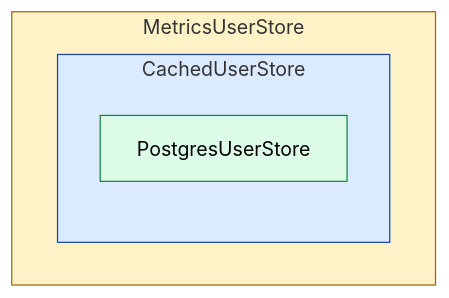
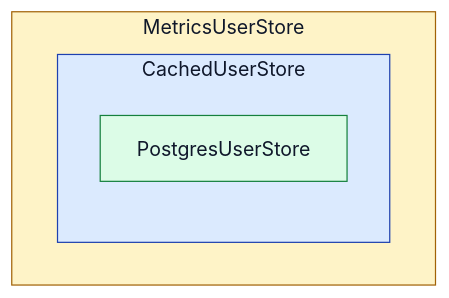
The third of 3 diagrams in docs/senior-golang-study/04-architecture-and-patterns/patterns/go-code-patterns/02-behavior-wrapping.md (fev0ks/LearnGoLang), drawn with Mermaid (neutral theme) before and after one commit. The commit also changed other lines of this file and 5 other files, not shown here.

Commit message:
Rework architecture and reliability guides

````diff
--- a/docs/senior-golang-study/04-architecture-and-patterns/patterns/go-code-patterns/02-behavior-wrapping.md
+++ b/docs/senior-golang-study/04-architecture-and-patterns/patterns/go-code-patterns/02-behavior-wrapping.md
@@ -251,12 +251,12 @@
 ```mermaid
 flowchart TB
     subgraph M["MetricsUserStore"]
         subgraph C["CachedUserStore"]
             P[PostgresUserStore]
         end
     end
 
-    style M fill:#fef3c7,stroke:#a16207
-    style C fill:#dbeafe,stroke:#1e40af
-    style P fill:#dcfce7,stroke:#15803d
+    style M fill:#fef3c7,stroke:#a16207,color:#0f172a
+    style C fill:#dbeafe,stroke:#1e40af,color:#0f172a
+    style P fill:#dcfce7,stroke:#15803d,color:#0f172a
 ```
````
